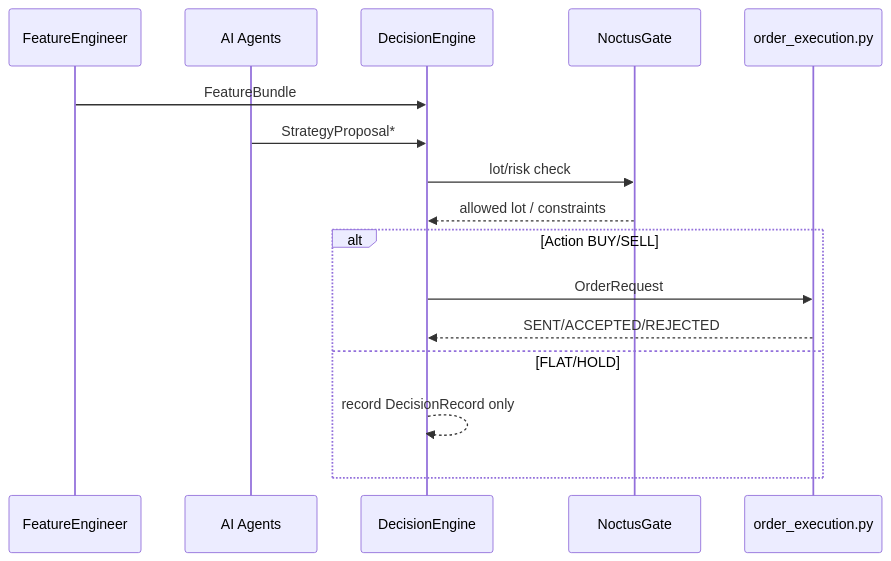
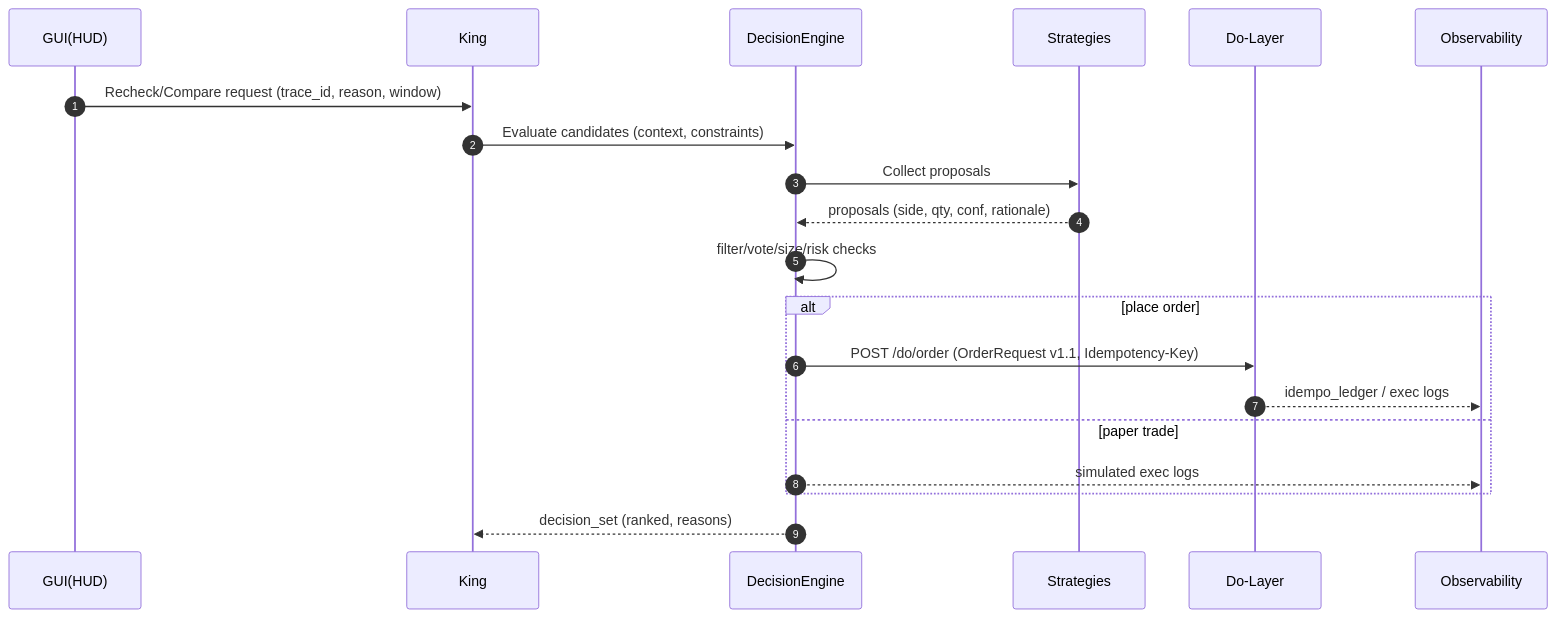
One commit to Noctria/noctria_kingdom changed the diagram in docs/architecture/components/DecisionEngine.md. Above: the diagram before and after it, drawn with Mermaid. The commit also changed other lines of this file and 7 other files, not shown here.

Commit message:
docs: finalize design pack (OrderRequest v1.1, runbook, diagrams, checks)

````diff
--- a/docs/architecture/components/DecisionEngine.md
+++ b/docs/architecture/components/DecisionEngine.md
@@ -36,19 +99,23 @@
 ```mermaid
 sequenceDiagram
-  participant P as FeatureEngineer
-  participant A as AI Agents
-  participant D as DecisionEngine
-  participant R as NoctusGate
-  participant E as order_execution.py
+  autonumber
+  participant GUI as GUI(HUD)
+  participant KING as King
+  participant DEC as DecisionEngine
+  participant STR as Strategies
+  participant DO as Do-Layer
+  participant OBS as Observability
 
-  P->>D: FeatureBundle
-  A->>D: StrategyProposal*
-  D->>R: lot/risk check
-  R-->>D: allowed lot / constraints
-  alt Action BUY/SELL
-    D->>E: OrderRequest
-    E-->>D: SENT/ACCEPTED/REJECTED
-  else FLAT/HOLD
-    D-->>D: record DecisionRecord only
+  GUI->>KING: Recheck/Compare request (trace_id, reason, window)
+  KING->>DEC: Evaluate candidates (context, constraints)
+  DEC->>STR: Collect proposals
+  STR-->>DEC: proposals (side, qty, conf, rationale)
+  DEC->>DEC: filter/vote/size/risk checks
+  alt place order
+    DEC->>DO: POST /do/order (OrderRequest v1.1, Idempotency-Key)
+    DO-->>OBS: idempo_ledger / exec logs
+  else paper trade
+    DEC-->>OBS: simulated exec logs
   end
+  DEC-->>KING: decision_set (ranked, reasons)
 ```
````
